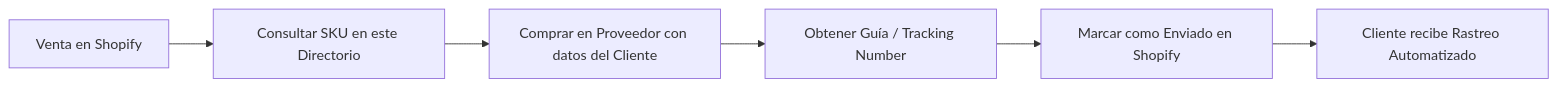
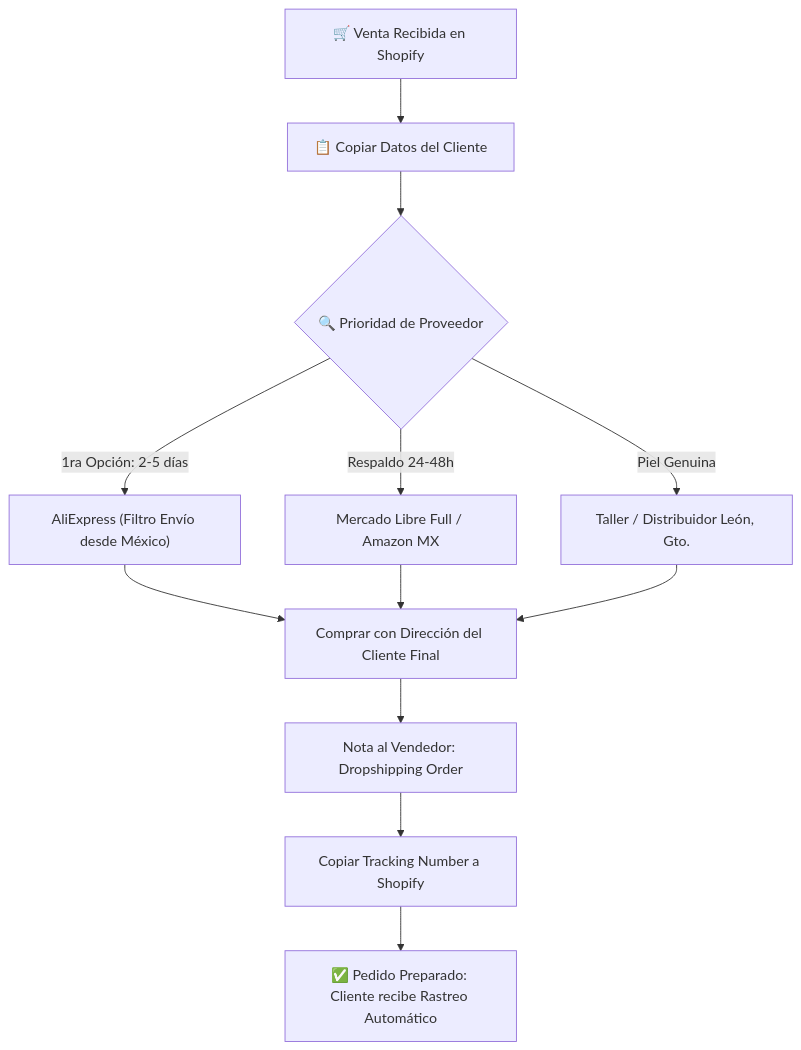
The diagram in docs/DROPSHIPPING_SUPPLIERS_FULFILLMENT.md (myalexverse/aylesva-shopify-ecosystem), drawn with Mermaid before and after one commit. The commit also changed other lines of this file, not shown here.

Commit message:
docs: update fulfillment guide prioritizing AliExpress Mexico warehouses and domestic stock

````diff
--- a/docs/DROPSHIPPING_SUPPLIERS_FULFILLMENT.md
+++ b/docs/DROPSHIPPING_SUPPLIERS_FULFILLMENT.md
@@ -10,8 +26,14 @@
 ```mermaid
-flowchart LR
-    A[Venta en Shopify] --> B[Consultar SKU en este Directorio]
-    B --> C[Comprar en Proveedor con datos del Cliente]
-    C --> D[Obtener Guía / Tracking Number]
-    D --> E[Marcar como Enviado en Shopify]
-    E --> F[Cliente recibe Rastreo Automatizado]
+flowchart TD
+    A["🛒 Venta Recibida en Shopify"] --> B["📋 Copiar Datos del Cliente"]
+    B --> C{"🔍 Prioridad de Proveedor"}
+    C -->|"1ra Opción: 2-5 días"| D["AliExpress (Filtro Envío desde México)"]
+    C -->|"Respaldo 24-48h"| E["Mercado Libre Full / Amazon MX"]
+    C -->|"Piel Genuina"| F["Taller / Distribuidor León, Gto."]
+    D --> G["Comprar con Dirección del Cliente Final"]
+    E --> G
+    F --> G
+    G --> H["Nota al Vendedor: Dropshipping Order"]
+    H --> I["Copiar Tracking Number a Shopify"]
+    I --> J["✅ Pedido Preparado: Cliente recibe Rastreo Automático"]
 ```
````
